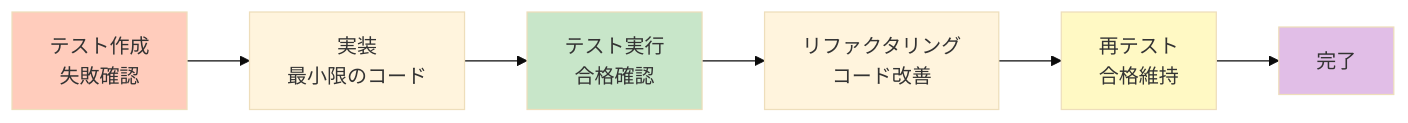
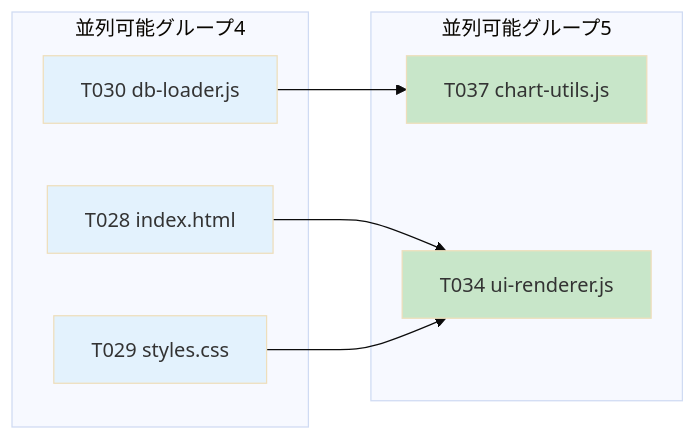
One commit to J1921604/stock-analysis changed the fifth of 5 diagrams in specs/feature/impl-001-stock-analysis-system/tasks.md. Above: the diagram before and after it, drawn with Mermaid (base theme). The commit also changed other lines of this file and 35 other files, not shown here.

````diff
--- a/specs/feature/impl-001-stock-analysis-system/tasks.md
+++ b/specs/feature/impl-001-stock-analysis-system/tasks.md
@@ -3362,13 +532,23 @@
 ```mermaid
 flowchart LR
-    A[テスト作成<br/>失敗確認] --> B[実装<br/>最小限のコード]
-    B --> C[テスト実行<br/>合格確認]
-    C --> D[リファクタリング<br/>コード改善]
-    D --> E[再テスト<br/>合格維持]
-    E --> F[完了]
+    subgraph "並列可能グループ4"
+        T028[T028 index.html]
+        T029[T029 styles.css]
+        T030[T030 db-loader.js]
+    end
     
-    style A fill:#ffccbc
-    style C fill:#c8e6c9
-    style E fill:#fff9c4
-    style F fill:#e1bee7
+    subgraph "並列可能グループ5"
+        T037[T037 chart-utils.js]
+        T034[T034 ui-renderer.js]
+    end
+    
+    T028 --> T034
+    T029 --> T034
+    T030 --> T037
+    
+    style T028 fill:#e3f2fd
+    style T029 fill:#e3f2fd
+    style T030 fill:#e3f2fd
+    style T037 fill:#c8e6c9
+    style T034 fill:#c8e6c9
 ```
````
